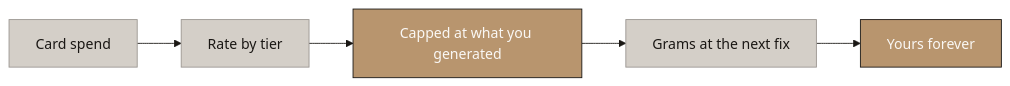
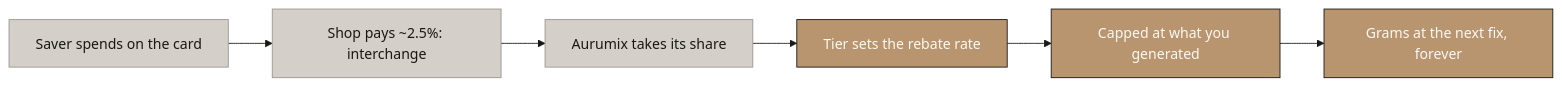
The sixth of 7 diagrams in deliverables/2-mechanism-design/Aurumix_Process_Maps_ICS_Benefits.md (Abdsys/Aurumix), drawn with Mermaid before and after one commit. The commit also changed other lines of this file, not shown here.

Commit message:
Rework map 4: follow the money from the shop to the grams
Gold Rewards now walks the full funding chain: card spend, shop pays
interchange, Aurumix share, tier rate, customer-generated cap, grams
at the next fix. The merchant-funds-it point is in the flow itself.

````diff
--- a/deliverables/2-mechanism-design/Aurumix_Process_Maps_ICS_Benefits.md
+++ b/deliverables/2-mechanism-design/Aurumix_Process_Maps_ICS_Benefits.md
@@ -236,25 +236,27 @@
 ```mermaid
 %%{init: {'theme': 'base', 'themeVariables': {
     'primaryColor': '#B8956E',
     'primaryTextColor': '#1A1714',
     'primaryBorderColor': '#1A1714',
     'lineColor': '#1A1714',
     'secondaryColor': '#FAF8F5',
     'tertiaryColor': '#D4CFC8',
     'fontFamily': 'Libre Franklin, sans-serif',
     'edgeLabelBackground': '#D4CFC8',
     'clusterBkg': '#FAF8F5',
     'clusterBorder': '#B8956E'
 }}}%%
 graph LR
-    A["Card spend"] --> B["Rate by tier"]
-    B --> C["Capped at what you generated"]
-    C --> D["Grams at the next fix"]
-    D --> E["Yours forever"]
+    A["Saver spends on the card"] --> B["Shop pays ~2.5%: interchange"]
+    B --> C["Aurumix takes its share"]
+    C --> D["Tier sets the rebate rate"]
+    D --> E["Capped at what you generated"]
+    E --> F["Grams at the next fix, forever"]
 
     style A fill:#D4CFC8,stroke:#9A9590,color:#1A1714
     style B fill:#D4CFC8,stroke:#9A9590,color:#1A1714
-    style C fill:#B8956E,stroke:#1A1714,color:#FAF8F5
-    style D fill:#D4CFC8,stroke:#9A9590,color:#1A1714
+    style C fill:#D4CFC8,stroke:#9A9590,color:#1A1714
+    style D fill:#B8956E,stroke:#1A1714,color:#FAF8F5
     style E fill:#B8956E,stroke:#1A1714,color:#FAF8F5
+    style F fill:#B8956E,stroke:#1A1714,color:#FAF8F5
 ```
````
